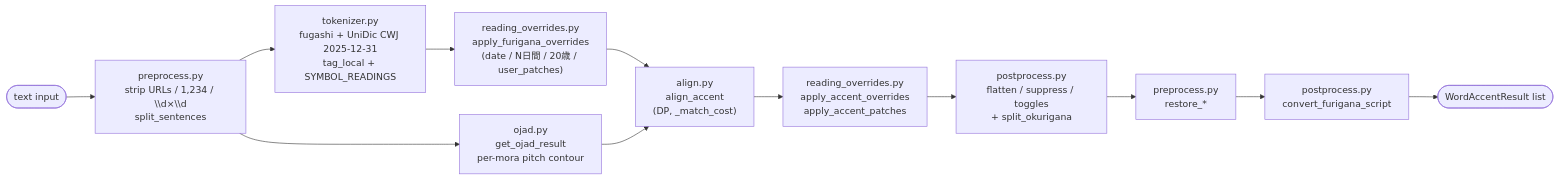
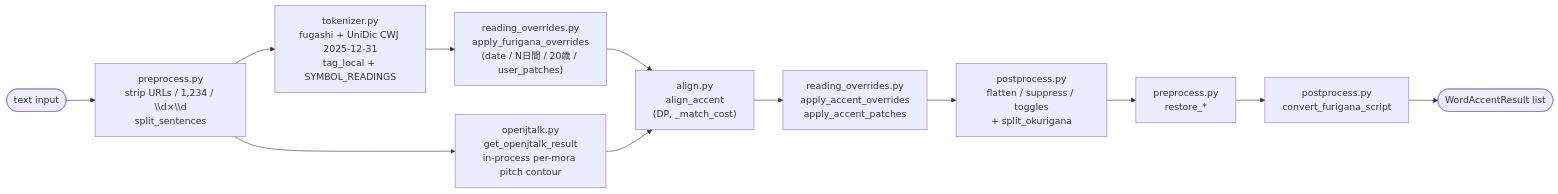
The diagram in api/accent/README.md (sessatakuma/API-tools), drawn with Mermaid before and after one commit. The commit also changed other lines of this file and 6 other files, not shown here.

````diff
--- a/api/accent/README.md
+++ b/api/accent/README.md
@@ -18,26 +18,26 @@
 ```mermaid
 flowchart LR
   text([text input])
   pre["preprocess.py<br/>strip URLs / 1,234 / \\d×\\d<br/>split_sentences"]
   tok["tokenizer.py<br/>fugashi + UniDic CWJ 2025-12-31<br/>tag_local + SYMBOL_READINGS"]
   fov["reading_overrides.py<br/>apply_furigana_overrides<br/>(date / N日間 / 20歳 / user_patches)"]
-  ojad["ojad.py<br/>get_ojad_result<br/>per-mora pitch contour"]
+  oj["openjtalk.py<br/>get_openjtalk_result<br/>in-process per-mora pitch contour"]
   align["align.py<br/>align_accent<br/>(DP, _match_cost)"]
   aov["reading_overrides.py<br/>apply_accent_overrides<br/>apply_accent_patches"]
   post["postprocess.py<br/>flatten / suppress / toggles<br/>+ split_okurigana"]
   restore["preprocess.py<br/>restore_*"]
   script["postprocess.py<br/>convert_furigana_script"]
   out([WordAccentResult list])
 
   text --> pre
   pre --> tok
   tok --> fov
   fov --> align
-  pre --> ojad
-  ojad --> align
+  pre --> oj
+  oj --> align
   align --> aov
   aov --> post
   post --> restore
   restore --> script
   script --> out
 ```
````
